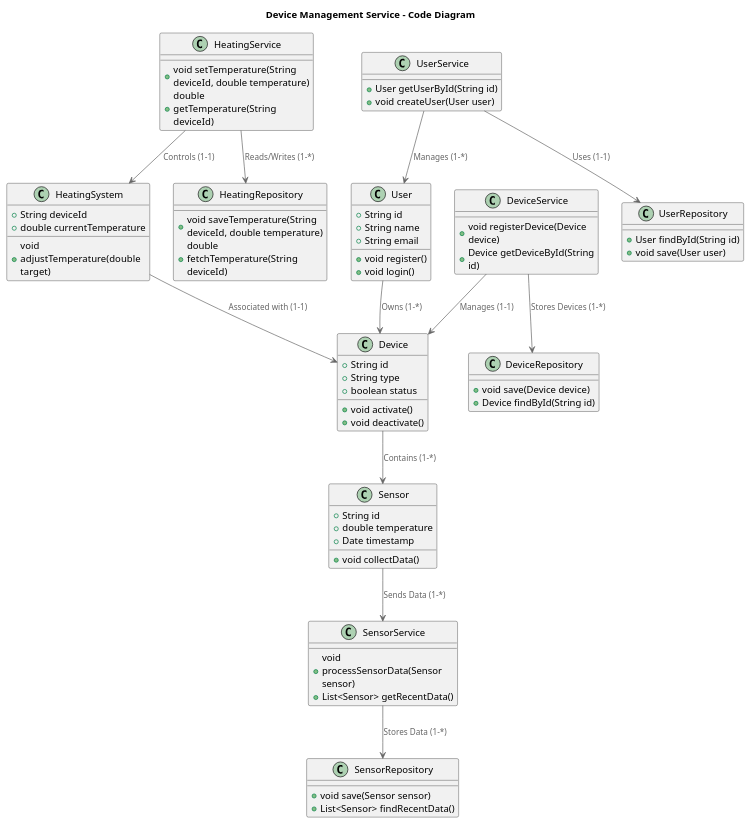
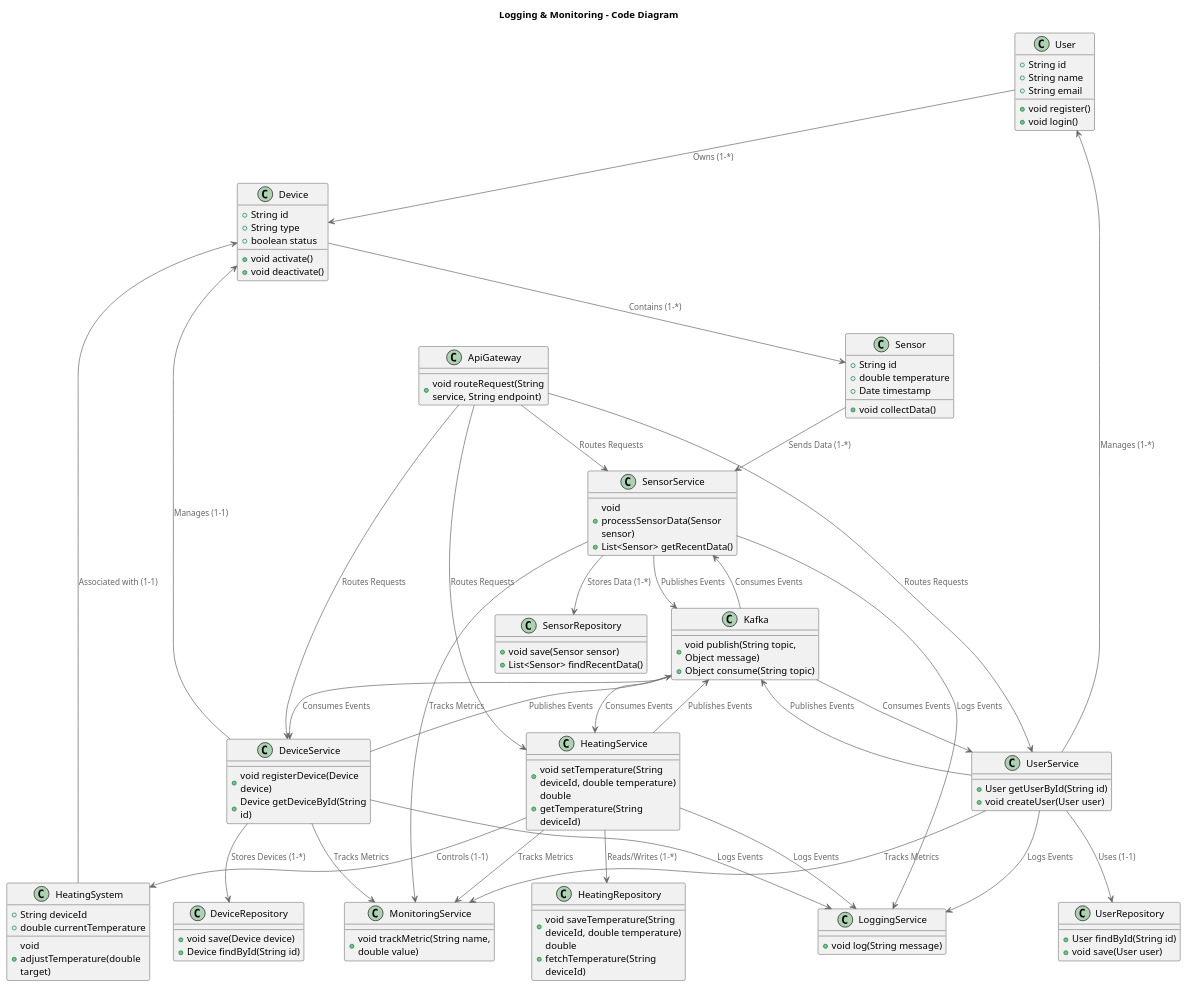
The diagram in diagrams/code/SmartHome_Code.puml (GI-Corp/architecture-sprint-3), drawn with PlantUML before and after one commit. The commit also changed 1 other file, not shown here.

Commit message:
update: code diagrams, based on new component diagram modules

```diff
--- a/diagrams/code/SmartHome_Code.puml
+++ b/diagrams/code/SmartHome_Code.puml
@@ -1,98 +1,145 @@
 @startuml
 
 !includeurl https://raw.githubusercontent.com/RicardoNiepel/C4-PlantUML/master/C4_Component.puml
 
 ' User Service - Code Diagram
 title "User Service - Code Diagram"
 class User {
   +String id
   +String name
   +String email
   +void register()
   +void login()
 }
 
 class UserService {
   +User getUserById(String id)
   +void createUser(User user)
 }
 
 class UserRepository {
   +User findById(String id)
   +void save(User user)
 }
 
 UserService --> UserRepository : Uses (1-1)
 UserService --> User : Manages (1-*)
 User --> Device : Owns (1-*)
 
 ' Heating Control Service - Code Diagram
 title "Heating Control Service - Code Diagram"
 class HeatingSystem {
   +String deviceId
   +double currentTemperature
   +void adjustTemperature(double target)
 }
 
 class HeatingService {
   +void setTemperature(String deviceId, double temperature)
   +double getTemperature(String deviceId)
 }
 
 class HeatingRepository {
   +void saveTemperature(String deviceId, double temperature)
   +double fetchTemperature(String deviceId)
 }
 
 HeatingService --> HeatingRepository : Reads/Writes (1-*)
 HeatingService --> HeatingSystem : Controls (1-1)
 HeatingSystem --> Device : Associated with (1-1)
 
 ' Temperature Monitoring Service - Code Diagram
 title "Temperature Monitoring Service - Code Diagram"
 class Sensor {
   +String id
   +double temperature
   +Date timestamp
   +void collectData()
 }
 
 class SensorService {
   +void processSensorData(Sensor sensor)
   +List<Sensor> getRecentData()
 }
 
 class SensorRepository {
   +void save(Sensor sensor)
   +List<Sensor> findRecentData()
 }
 
 SensorService --> SensorRepository : Stores Data (1-*)
 Sensor --> SensorService : Sends Data (1-*)
 Device --> Sensor : Contains (1-*)
 
 ' Device Management Service - Code Diagram
 title "Device Management Service - Code Diagram"
 class Device {
   +String id
   +String type
   +boolean status
   +void activate()
   +void deactivate()
 }
 
 class DeviceService {
   +void registerDevice(Device device)
   +Device getDeviceById(String id)
 }
 
 class DeviceRepository {
   +void save(Device device)
   +Device findById(String id)
 }
 
 DeviceService --> DeviceRepository : Stores Devices (1-*)
 DeviceService --> Device : Manages (1-1)
 
+' API Gateway
+title "API Gateway - Code Diagram"
+class ApiGateway {
+  +void routeRequest(String service, String endpoint)
+}
+
+ApiGateway --> UserService : Routes Requests
+ApiGateway --> HeatingService : Routes Requests
+ApiGateway --> SensorService : Routes Requests
+ApiGateway --> DeviceService : Routes Requests
+
+' Kafka Integration
+title "Kafka Integration - Code Diagram"
+class Kafka {
+  +void publish(String topic, Object message)
+  +Object consume(String topic)
+}
+
+UserService --> Kafka : Publishes Events
+HeatingService --> Kafka : Publishes Events
+SensorService --> Kafka : Publishes Events
+DeviceService --> Kafka : Publishes Events
+
+Kafka --> UserService : Consumes Events
+Kafka --> HeatingService : Consumes Events
+Kafka --> SensorService : Consumes Events
+Kafka --> DeviceService : Consumes Events
+
+' Logging & Monitoring
+title "Logging & Monitoring - Code Diagram"
+class LoggingService {
+  +void log(String message)
+}
+
+class MonitoringService {
+  +void trackMetric(String name, double value)
+}
+
+UserService --> LoggingService : Logs Events
+HeatingService --> LoggingService : Logs Events
+SensorService --> LoggingService : Logs Events
+DeviceService --> LoggingService : Logs Events
+
+UserService --> MonitoringService : Tracks Metrics
+HeatingService --> MonitoringService : Tracks Metrics
+SensorService --> MonitoringService : Tracks Metrics
+DeviceService --> MonitoringService : Tracks Metrics
 
 @enduml
```
